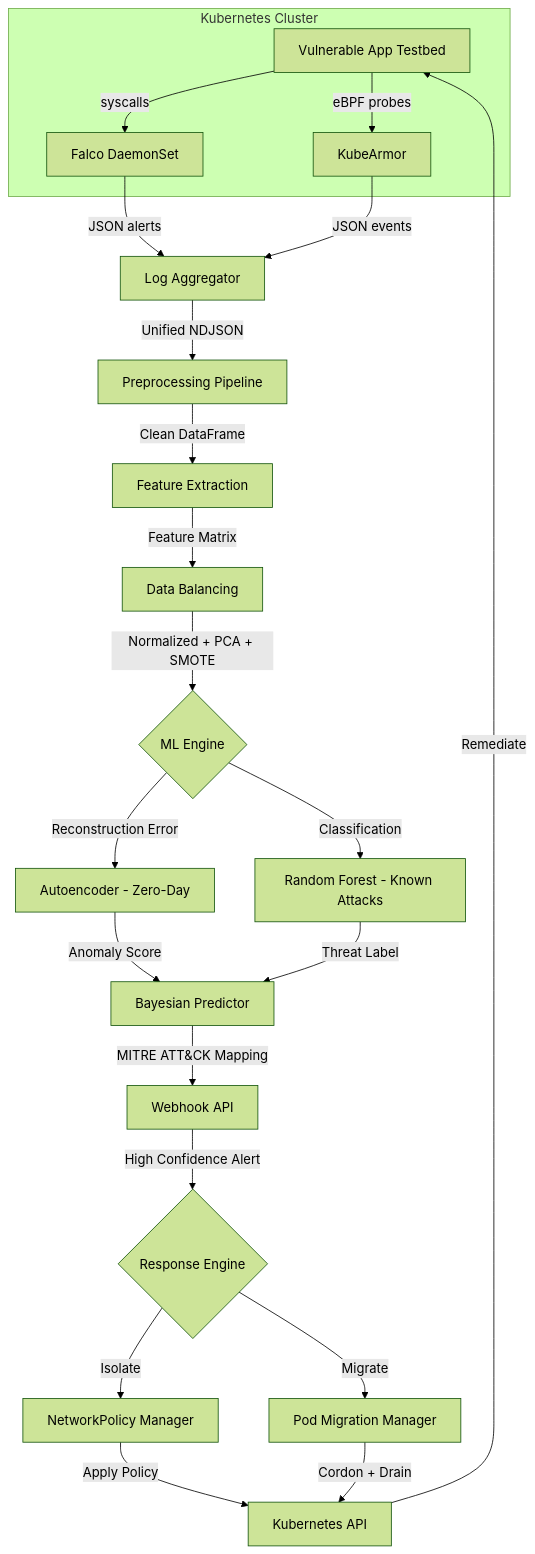
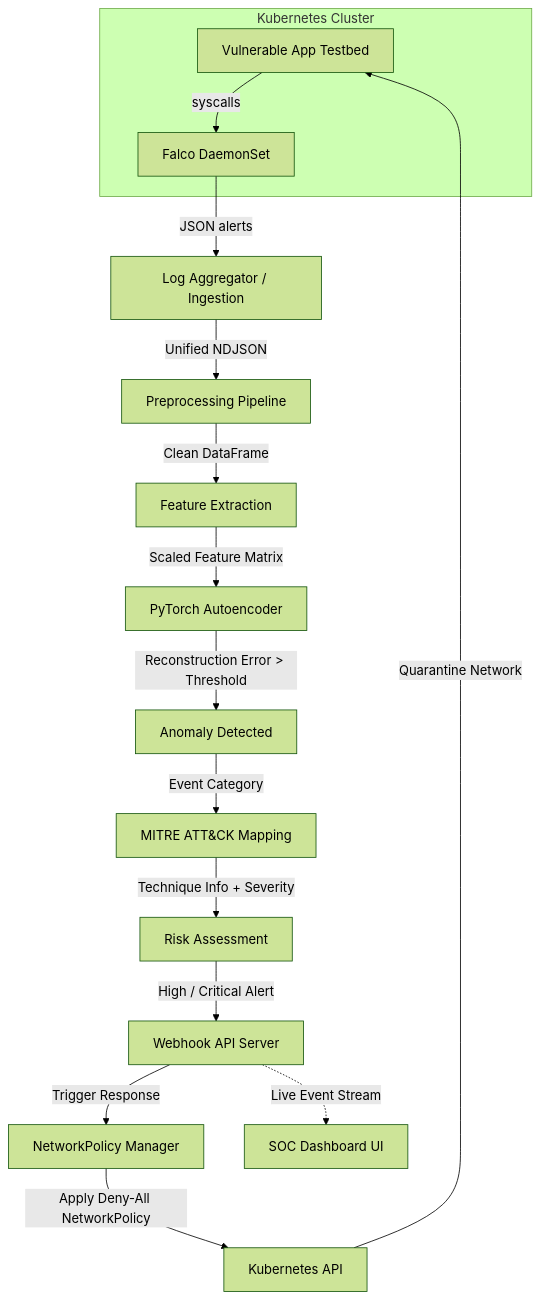
One commit to adithya-m-05/kubernetes-aiops-threat-detection changed the first of 2 diagrams in docs/architecture.md. Above: the diagram before and after it, drawn with Mermaid (forest theme). The commit also changed other lines of this file and 32 other files, not shown here.

Commit message:
removed pod migration and bayesian

````diff
--- a/docs/architecture.md
+++ b/docs/architecture.md
@@ -5,28 +5,23 @@
 ```mermaid
 graph TD
     subgraph Kubernetes Cluster
         VA[Vulnerable App Testbed] -->|syscalls| F[Falco DaemonSet]
-        VA -->|eBPF probes| KA[KubeArmor]
     end
 
-    F -->|JSON alerts| LA[Log Aggregator]
-    KA -->|JSON events| LA
+    F -->|JSON alerts| LA[Log Aggregator / Ingestion]
     LA -->|Unified NDJSON| PP[Preprocessing Pipeline]
 
     PP -->|Clean DataFrame| FE[Feature Extraction]
-    FE -->|Feature Matrix| DB[Data Balancing]
-    DB -->|Normalized + PCA + SMOTE| ML{ML Engine}
+    FE -->|Scaled Feature Matrix| AE[PyTorch Autoencoder]
 
-    ML -->|Reconstruction Error| AE[Autoencoder - Zero-Day]
-    ML -->|Classification| RF[Random Forest - Known Attacks]
-    AE -->|Anomaly Score| BA[Bayesian Predictor]
-    RF -->|Threat Label| BA
-    BA -->|MITRE ATT&CK Mapping| WH[Webhook API]
+    AE -->|Reconstruction Error > Threshold| DET[Anomaly Detected]
+    DET -->|Event Category| MITRE[MITRE ATT&CK Mapping]
+    MITRE -->|Technique Info + Severity| RISK[Risk Assessment]
 
-    WH -->|High Confidence Alert| RE{Response Engine}
-    RE -->|Isolate| NP[NetworkPolicy Manager]
-    RE -->|Migrate| PM[Pod Migration Manager]
-    NP -->|Apply Policy| KC[Kubernetes API]
-    PM -->|Cordon + Drain| KC
-    KC -->|Remediate| VA
+    RISK -->|High / Critical Alert| WH[Webhook API Server]
+    WH -->|Trigger Response| NP[NetworkPolicy Manager]
+    NP -->|Apply Deny-All NetworkPolicy| KC[Kubernetes API]
+    KC -->|Quarantine Network| VA
+
+    WH -.->|Live Event Stream| DASH[SOC Dashboard UI]
 ```
````
